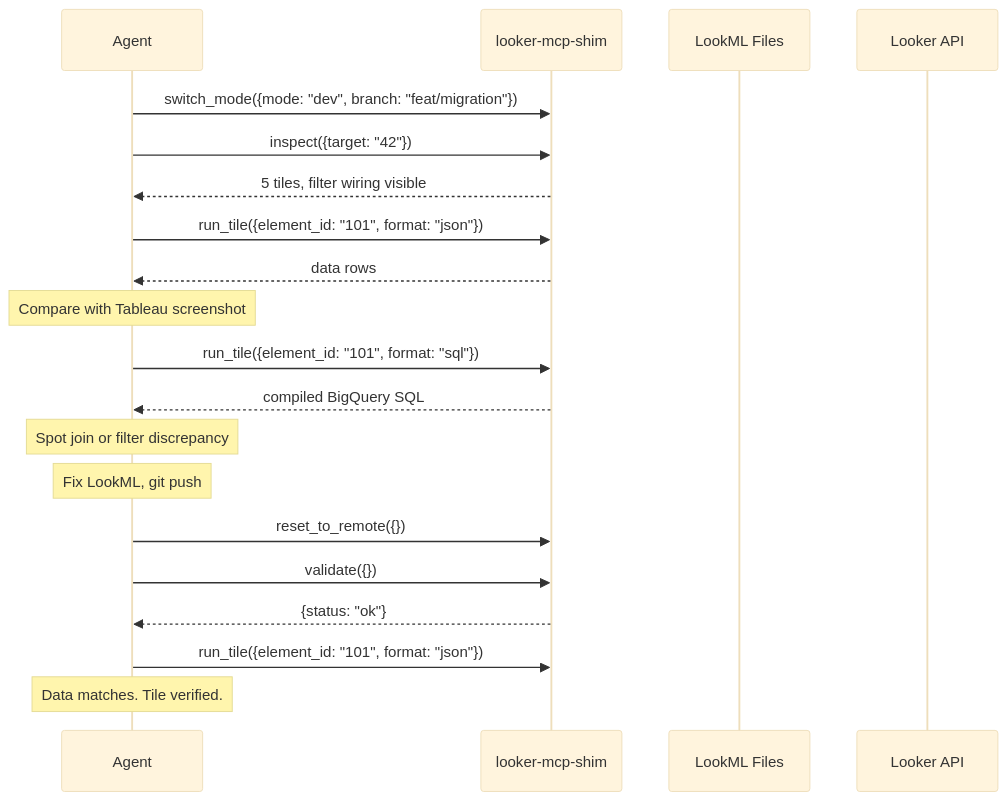
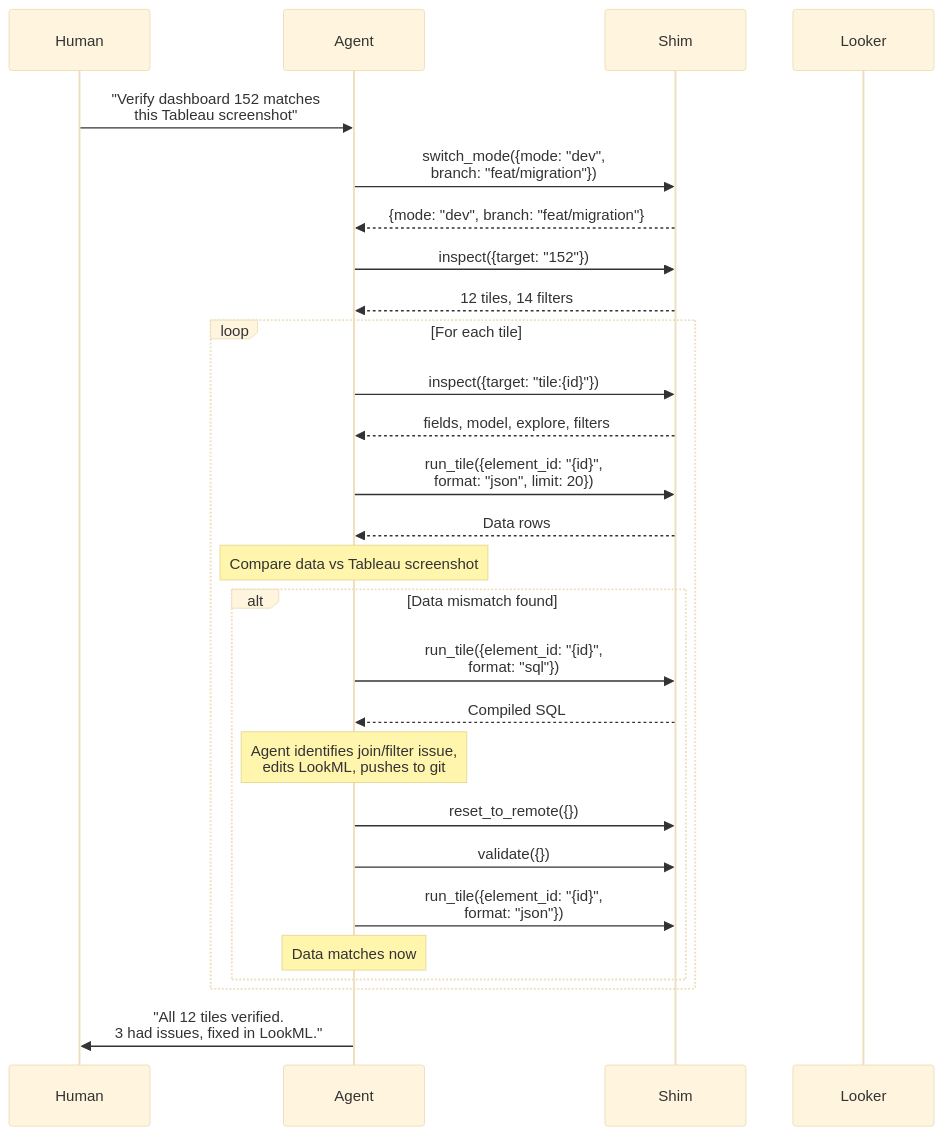
The seventh of 7 diagrams in README.md (luutuankiet/looker-mcp-shim), drawn with Mermaid (base theme) before and after one commit. The commit also changed other lines of this file, not shown here.

First line of the commit message:
docs: complete README overhaul — workflow diagrams, DX showcase, tool reference

````diff
--- a/README.md
+++ b/README.md
@@ -334,26 +303,37 @@
 ```mermaid
 sequenceDiagram
+    participant Human
     participant Agent
-    participant Shim as looker-mcp-shim
-    participant LookML as LookML Files
-    participant Looker as Looker API
+    participant Shim
+    participant Looker
 
-    Agent->>Shim: switch_mode({mode: "dev", branch: "feat/migration"})
-    Agent->>Shim: inspect({target: "42"})
-    Shim-->>Agent: 5 tiles, filter wiring visible
+    Human->>Agent: "Verify dashboard 152 matches<br/>this Tableau screenshot"
 
-    Agent->>Shim: run_tile({element_id: "101", format: "json"})
-    Shim-->>Agent: data rows
-    Note over Agent: Compare with Tableau screenshot
+    Agent->>Shim: switch_mode({mode: "dev",<br/>branch: "feat/migration"})
+    Shim-->>Agent: {mode: "dev", branch: "feat/migration"}
 
-    Agent->>Shim: run_tile({element_id: "101", format: "sql"})
-    Shim-->>Agent: compiled BigQuery SQL
-    Note over Agent: Spot join or filter discrepancy
+    Agent->>Shim: inspect({target: "152"})
+    Shim-->>Agent: 12 tiles, 14 filters
 
-    Note over Agent: Fix LookML, git push
-    Agent->>Shim: reset_to_remote({})
-    Agent->>Shim: validate({})
-    Shim-->>Agent: {status: "ok"}
-    Agent->>Shim: run_tile({element_id: "101", format: "json"})
-    Note over Agent: Data matches. Tile verified.
+    loop For each tile
+        Agent->>Shim: inspect({target: "tile:{id}"})
+        Shim-->>Agent: fields, model, explore, filters
+
+        Agent->>Shim: run_tile({element_id: "{id}",<br/>format: "json", limit: 20})
+        Shim-->>Agent: Data rows
+
+        Note over Agent: Compare data vs Tableau screenshot
+
+        alt Data mismatch found
+            Agent->>Shim: run_tile({element_id: "{id}",<br/>format: "sql"})
+            Shim-->>Agent: Compiled SQL
+            Note over Agent: Agent identifies join/filter issue,<br/>edits LookML, pushes to git
+            Agent->>Shim: reset_to_remote({})
+            Agent->>Shim: validate({})
+            Agent->>Shim: run_tile({element_id: "{id}",<br/>format: "json"})
+            Note over Agent: Data matches now
+        end
+    end
+
+    Agent->>Human: "All 12 tiles verified.<br/>3 had issues, fixed in LookML."
 ```
````
